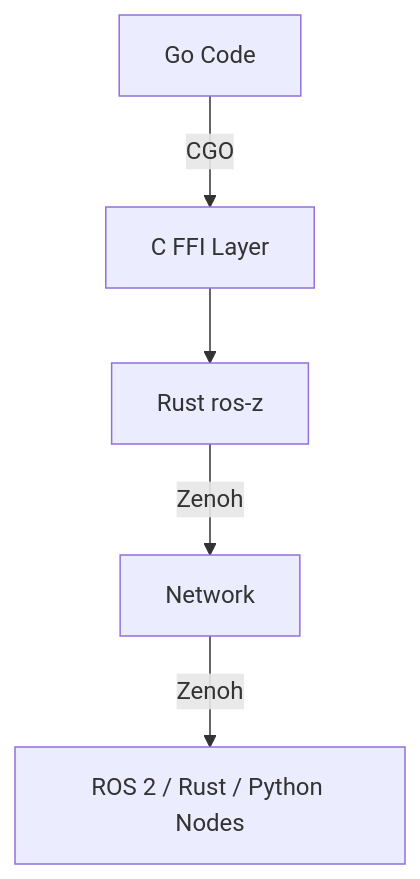
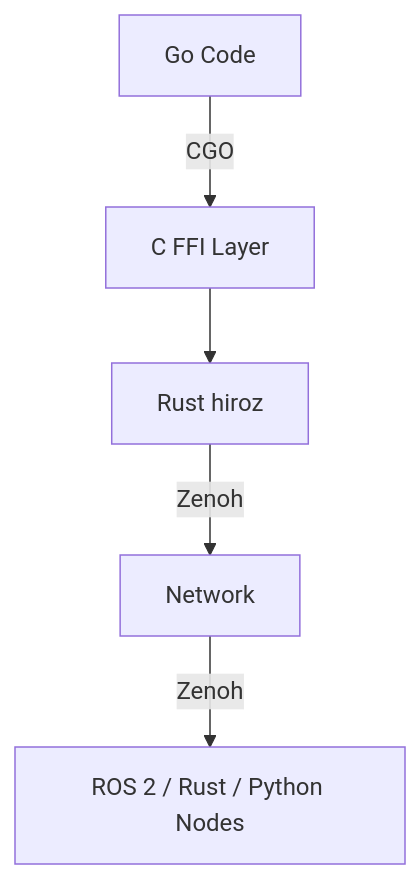
One commit to ZettaScaleLabs/hiroz changed the diagram in docs/bindings/go.md. Above: the diagram before and after it, drawn with Mermaid. The commit also changed other lines of this file and 982 other files, not shown here.

Commit message:
refactor!: rename ros-z → hiroz (High-performance Interoperable Robotics on Zenoh) (#186)

````diff
--- a/docs/bindings/go.md
+++ b/docs/bindings/go.md
@@ -79,9 +79,9 @@
 ```mermaid
 graph TD
 accTitle: Go bindings architecture through CGO and Rust to Zenoh network
-accDescr: Go code calls through CGO into a C FFI layer that bridges to the Rust ros-z core, which uses the Zenoh transport to communicate with ROS 2, Rust, and Python nodes.
+accDescr: Go code calls through CGO into a C FFI layer that bridges to the Rust hiroz core, which uses the Zenoh transport to communicate with ROS 2, Rust, and Python nodes.
     A[Go Code] -->|CGO| B[C FFI Layer]
-    B --> C[Rust ros-z]
+    B --> C[Rust hiroz]
     C -->|Zenoh| D[Network]
     D -->|Zenoh| E[ROS 2 / Rust / Python Nodes]
 ```
````
